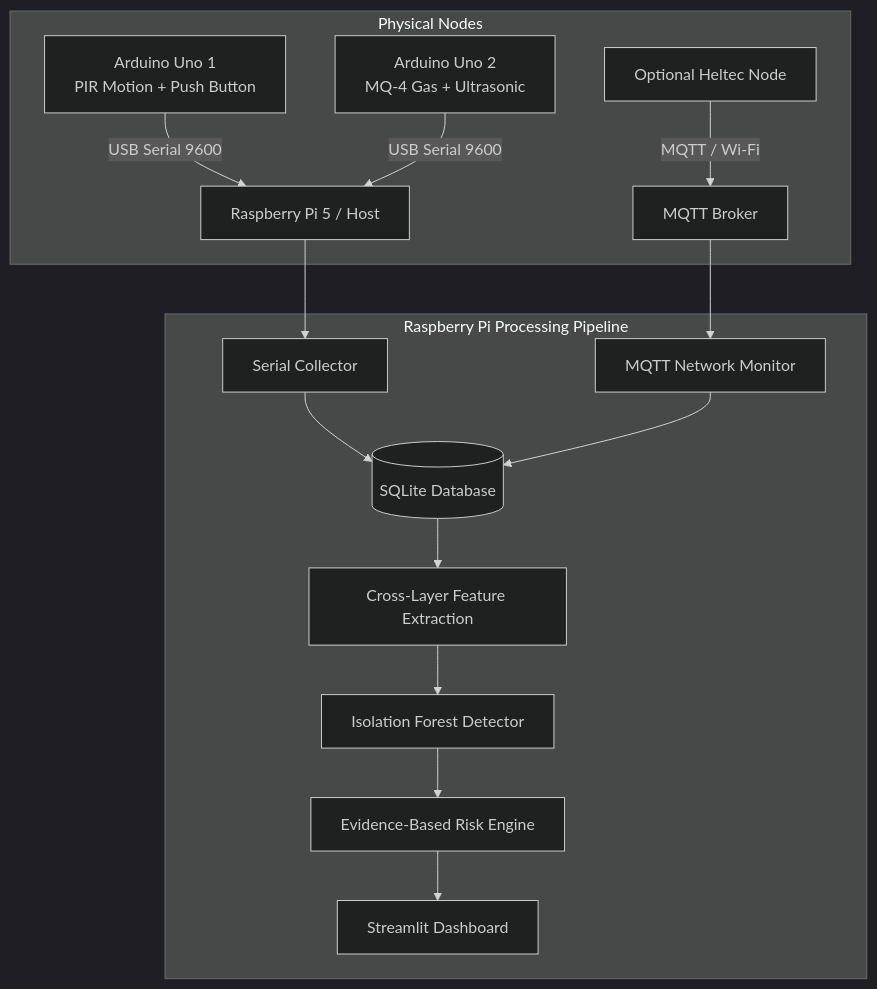
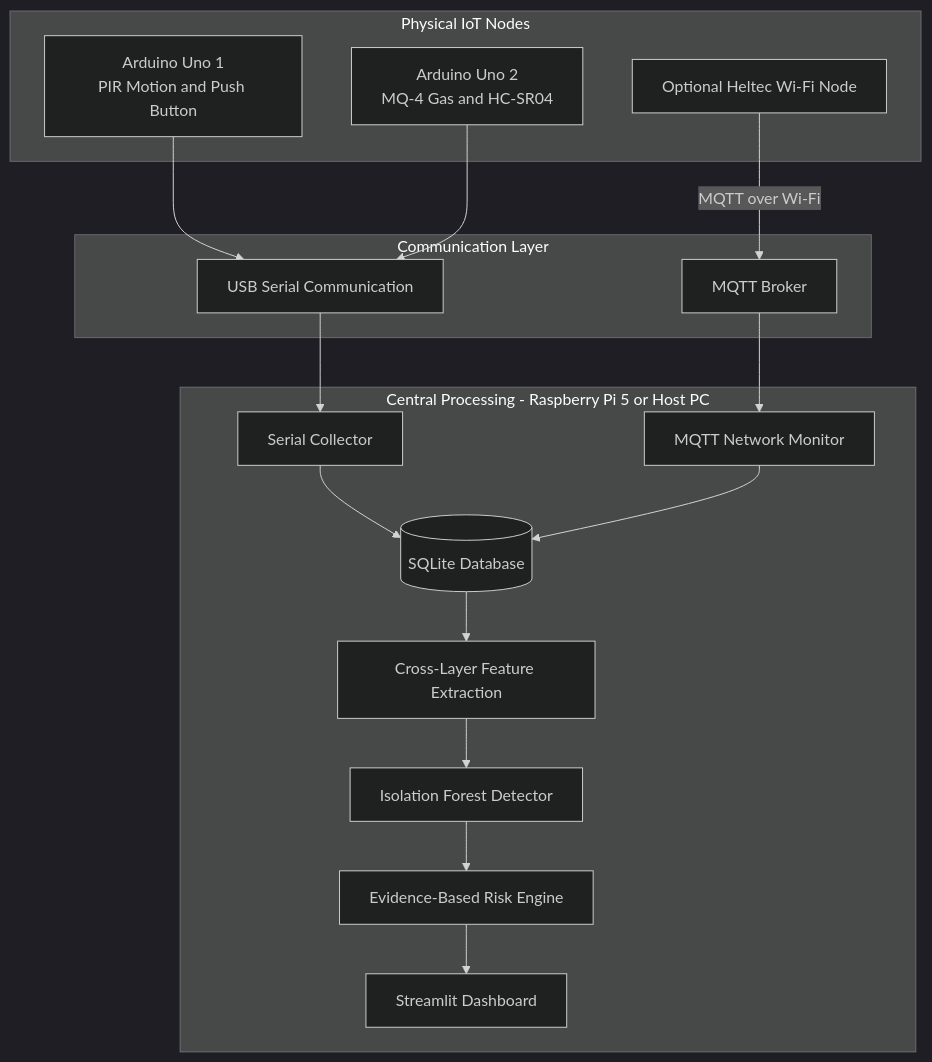
The first of 2 diagrams in README.md (nimrawani04/IoT-Risk-AI), drawn with Mermaid (dark theme) before and after one commit. The commit also changed other lines of this file, not shown here.

````diff
--- a/README.md
+++ b/README.md
@@ -23,19 +123,38 @@
 ```mermaid
-graph TD
-    subgraph Physical Nodes
-        A1[Arduino Uno 1<br/>PIR Motion + Push Button] -->|USB Serial 9600| PI[Raspberry Pi 5 / Host]
-        A2[Arduino Uno 2<br/>MQ-4 Gas + Ultrasonic] -->|USB Serial 9600| PI
-        H1[Optional Heltec Node] -->|MQTT / Wi-Fi| BRK[MQTT Broker]
+flowchart TD
+    subgraph PHYSICAL["Physical IoT Nodes"]
+        A1["Arduino Uno 1<br/>PIR Motion and Push Button"]
+        A2["Arduino Uno 2<br/>MQ-4 Gas and HC-SR04"]
+        H1["Optional Heltec Wi-Fi Node"]
     end
 
-    subgraph Raspberry Pi Processing Pipeline
-        PI --> COL[Serial Collector]
-        BRK --> NET[MQTT Network Monitor]
-        COL --> DB[(SQLite Database)]
-        NET --> DB
-        DB --> FEAT[Cross-Layer Feature Extraction]
-        FEAT --> IF[Isolation Forest Detector]
-        IF --> RISK[Evidence-Based Risk Engine]
-        RISK --> DASH[Streamlit Dashboard]
+    subgraph COMM["Communication Layer"]
+        SER["USB Serial Communication"]
+        BRK["MQTT Broker"]
     end
+
+    subgraph PROCESS["Central Processing - Raspberry Pi 5 or Host PC"]
+        COL["Serial Collector"]
+        NET["MQTT Network Monitor"]
+        DB[("SQLite Database")]
+        FEAT["Cross-Layer Feature Extraction"]
+        DET["Isolation Forest Detector"]
+        RISK["Evidence-Based Risk Engine"]
+        DASH["Streamlit Dashboard"]
+    end
+
+    A1 --> SER
+    A2 --> SER
+    SER --> COL
+
+    H1 -->|"MQTT over Wi-Fi"| BRK
+    BRK --> NET
+
+    COL --> DB
+    NET --> DB
+
+    DB --> FEAT
+    FEAT --> DET
+    DET --> RISK
+    RISK --> DASH
 ```
````
